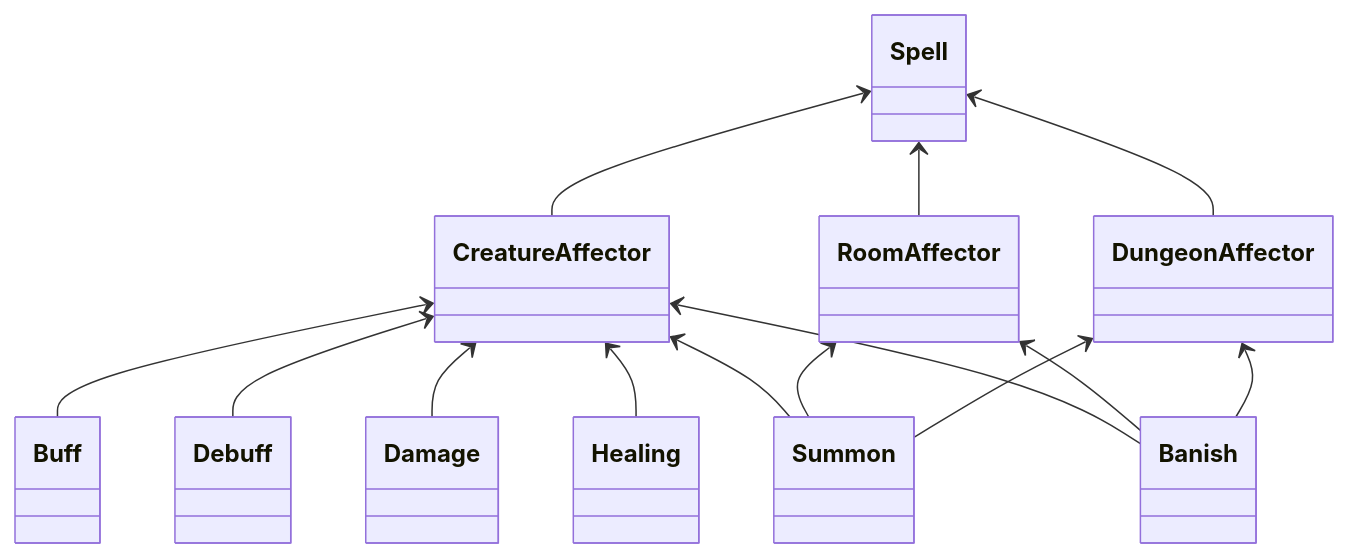
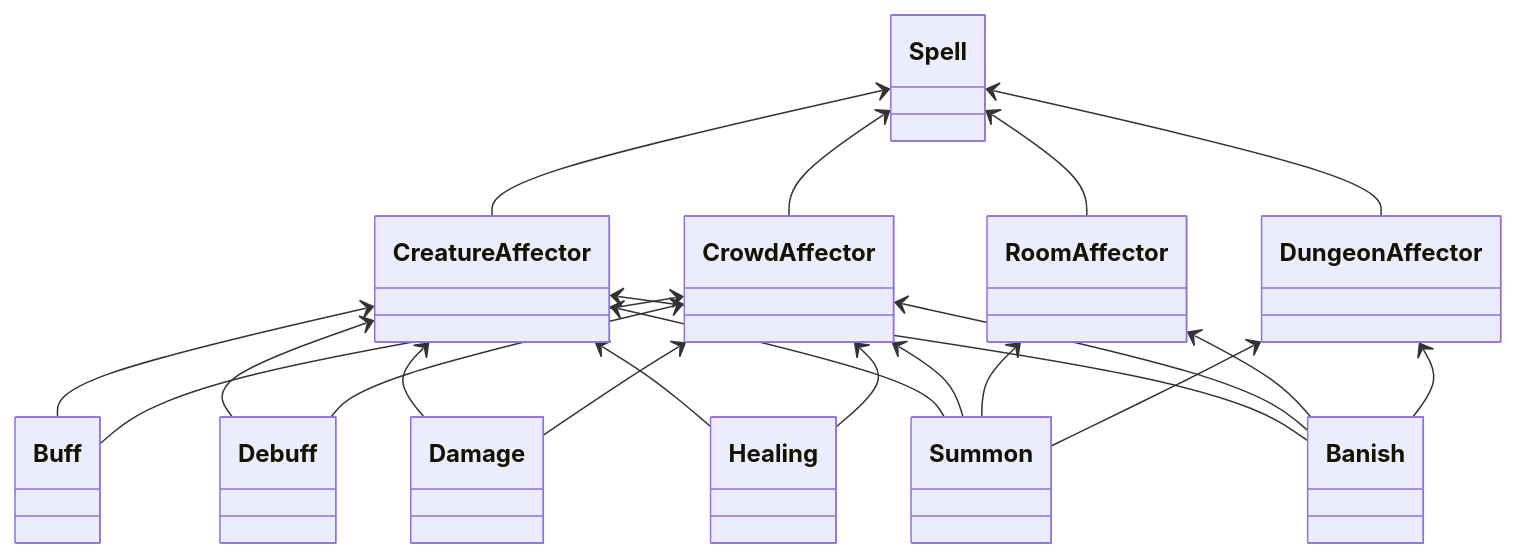
Before and after one commit to GeenDutchman/LHF-MUD: the second of 2 diagrams in README.md, drawn with Mermaid.

Commit message:
Show the graduation clearly

````diff
--- a/README.md
+++ b/README.md
@@ -80,36 +80,45 @@
 ```mermaid
 classDiagram
     class Spell
     class CreatureAffector
+    class CrowdAffector
     class RoomAffector
     class DungeonAffector
     class Buff
     class Debuff
     class Damage
     class Healing
     class Summon
     class Banish
 
     Spell <-- CreatureAffector
+    Spell <-- CrowdAffector
     Spell <-- RoomAffector
     Spell <-- DungeonAffector
     %% Spell <-- Buff
     %% Spell <-- Debuff
     %% Spell <-- Damage
     %% Spell <-- Healing
     %% Spell <-- Summon
     %% Spell <-- Banish
 
     CreatureAffector <-- Buff
     CreatureAffector <-- Debuff
     CreatureAffector <-- Damage
     CreatureAffector <-- Healing
 
+    CrowdAffector <-- Buff
+    CrowdAffector <-- Debuff
+    CrowdAffector <-- Damage
+    CrowdAffector <-- Healing
+
     CreatureAffector <-- Summon
     CreatureAffector <-- Banish
+    CrowdAffector <-- Summon
+    CrowdAffector <-- Banish
     RoomAffector <-- Summon
     RoomAffector <-- Banish
     DungeonAffector <-- Summon
     DungeonAffector <-- Banish
 
 ```
````
